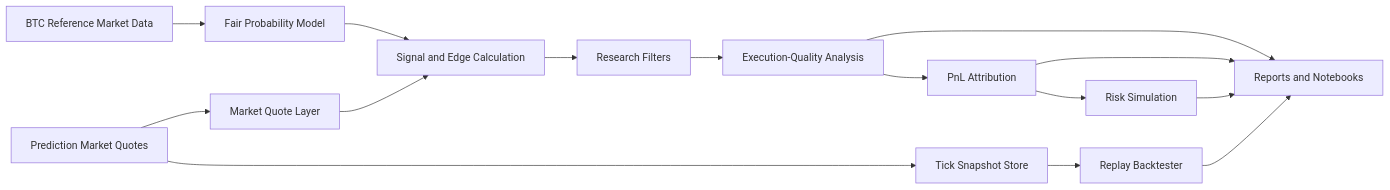
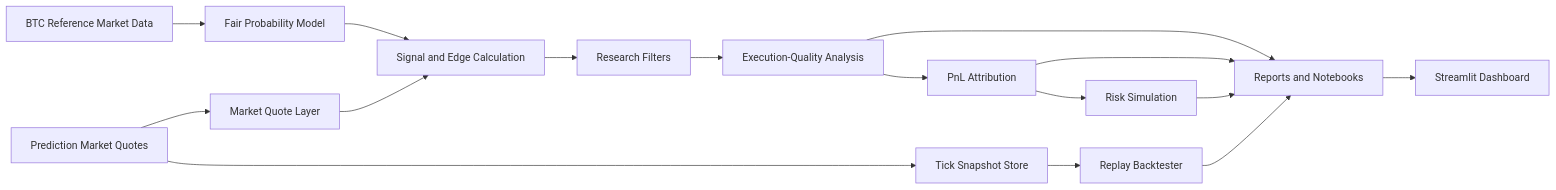
One commit to kylekkkk61/prediction-market-execution-lab changed the diagram in docs/architecture.md. Above: the diagram before and after it, drawn with Mermaid. The commit also changed other lines of this file and 32 other files, not shown here.

````diff
--- a/docs/architecture.md
+++ b/docs/architecture.md
@@ -9,17 +9,18 @@
 ```mermaid
 flowchart LR
     A[BTC Reference Market Data] --> C[Fair Probability Model]
     B[Prediction Market Quotes] --> D[Market Quote Layer]
     C --> E[Signal and Edge Calculation]
     D --> E
     E --> F[Research Filters]
     F --> G[Execution-Quality Analysis]
     G --> H[Reports and Notebooks]
     B --> I[Tick Snapshot Store]
     I --> J[Replay Backtester]
     J --> H
     G --> K[PnL Attribution]
     K --> H
     K --> L[Risk Simulation]
     L --> H
+    H --> M[Streamlit Dashboard]
 ```
````
